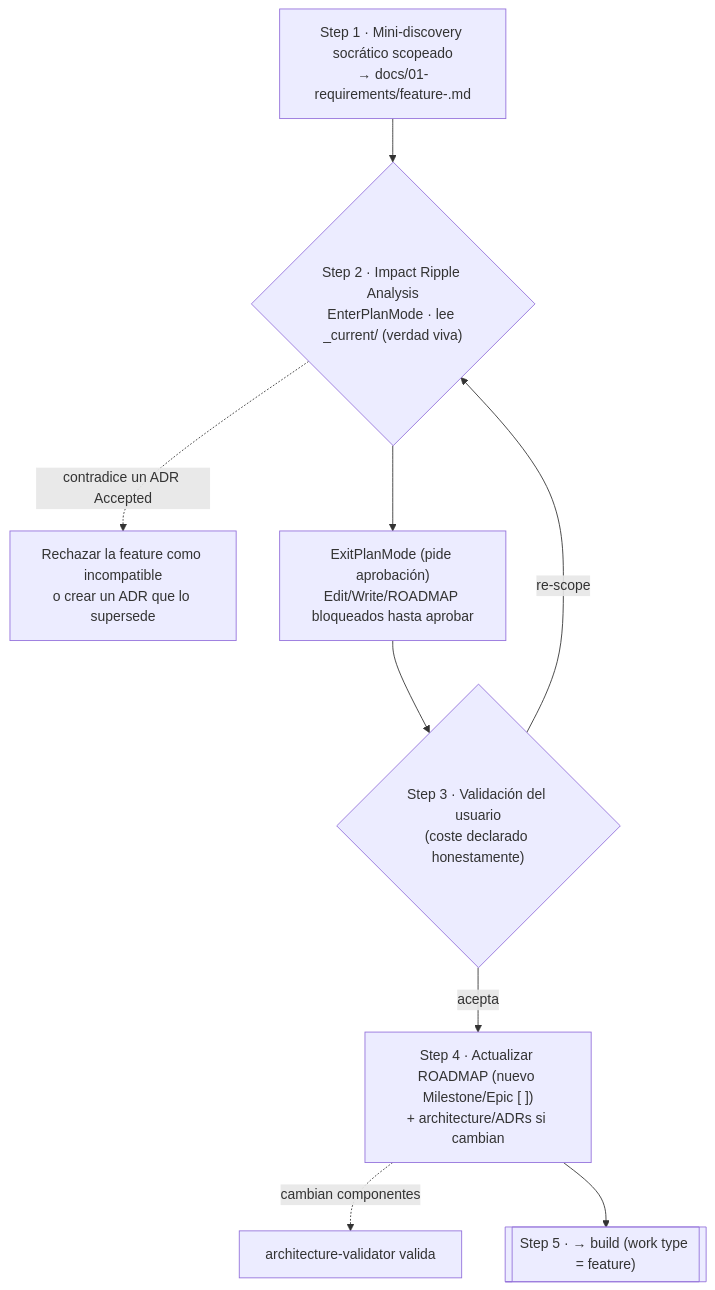
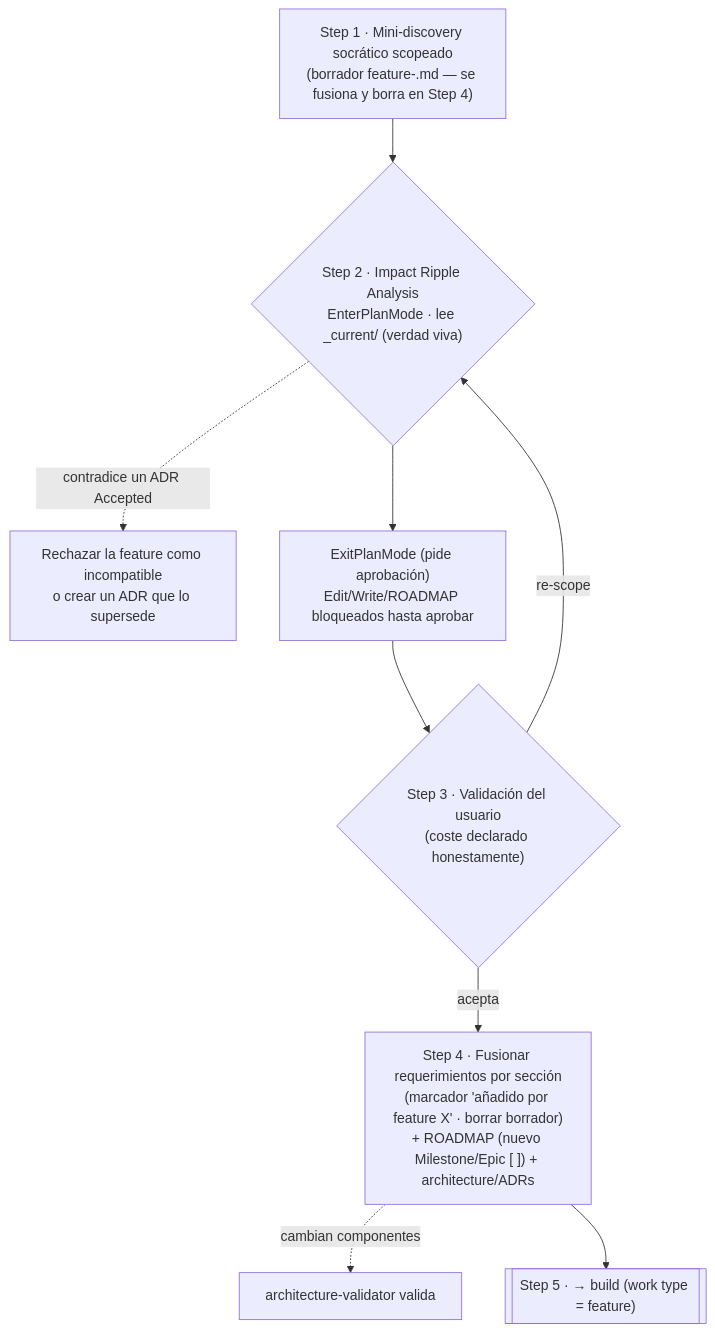
One commit to FerEscobarDev/Specture changed diagram 13 of 19 in docs/execution-flows.md. Above: the diagram before and after it, drawn with Mermaid. The commit also changed other lines of this file and 1 other file, not shown here.

First line of the commit message:
docs: user-facing documentation for Milestone 2

````diff
--- a/docs/execution-flows.md
+++ b/docs/execution-flows.md
@@ -371,11 +373,11 @@
 ```mermaid
 flowchart TD
-    S1["Step 1 · Mini-discovery socrático scopeado<br/>→ docs/01-requirements/feature-<slug>.md"] --> S2{"Step 2 · Impact Ripple Analysis<br/>EnterPlanMode · lee _current/ (verdad viva)"}
+    S1["Step 1 · Mini-discovery socrático scopeado<br/>(borrador feature-<slug>.md — se fusiona y borra en Step 4)"] --> S2{"Step 2 · Impact Ripple Analysis<br/>EnterPlanMode · lee _current/ (verdad viva)"}
     S2 -.->|"contradice un ADR Accepted"| ADR["Rechazar la feature como incompatible<br/>o crear un ADR que lo supersede"]
     S2 --> EX["ExitPlanMode (pide aprobación)<br/>Edit/Write/ROADMAP bloqueados hasta aprobar"]
     EX --> S3{"Step 3 · Validación del usuario<br/>(coste declarado honestamente)"}
     S3 -->|"re-scope"| S2
-    S3 -->|"acepta"| S4["Step 4 · Actualizar ROADMAP (nuevo Milestone/Epic [ ])<br/>+ architecture/ADRs si cambian"]
+    S3 -->|"acepta"| S4["Step 4 · Fusionar requerimientos por sección<br/>(marcador 'añadido por feature X' · borrar borrador)<br/>+ ROADMAP (nuevo Milestone/Epic [ ]) + architecture/ADRs"]
     S4 -.->|"cambian componentes"| AV["architecture-validator valida"]
     S4 --> S5[["Step 5 · → build (work type = feature)"]]
 ```
````
